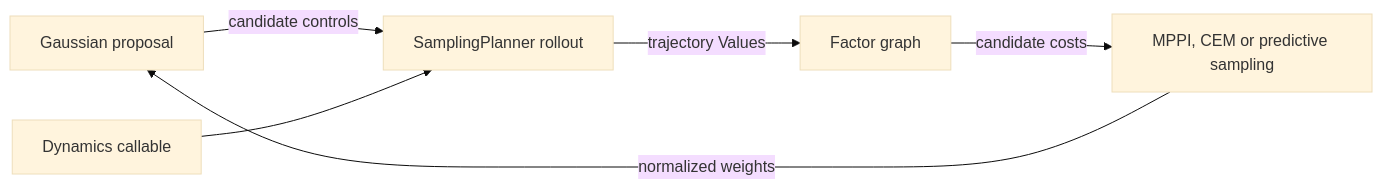
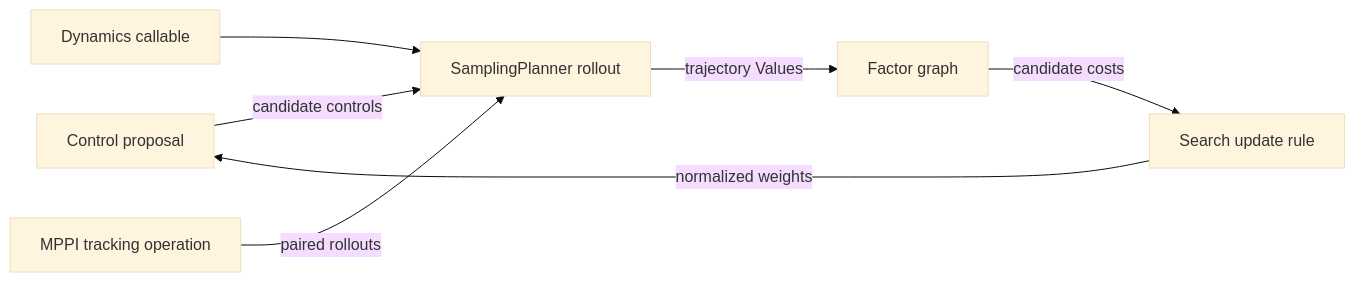
The diagram in gtsam/planning/doc/PlanningOverview.md (borglab/gtsam), drawn with Mermaid (base theme) before and after one commit. The commit also changed other lines of this file and 27 other files, not shown here.

Commit message:
Add structured MPPI proposals, weighting rules and tracking operations

````diff
--- a/gtsam/planning/doc/PlanningOverview.md
+++ b/gtsam/planning/doc/PlanningOverview.md
@@ -13,8 +13,9 @@
 ```mermaid
 flowchart LR
-    P["Gaussian proposal"] -->|candidate controls| R["SamplingPlanner rollout"]
+    P["Control proposal"] -->|candidate controls| R["SamplingPlanner rollout"]
     D["Dynamics callable"] --> R
     R -->|trajectory Values| G["Factor graph"]
-    G -->|candidate costs| A["MPPI, CEM or predictive sampling"]
+    G -->|candidate costs| A["Search update rule"]
     A -->|normalized weights| P
+    T["MPPI tracking operation"] -->|paired rollouts| R
 ```
````
